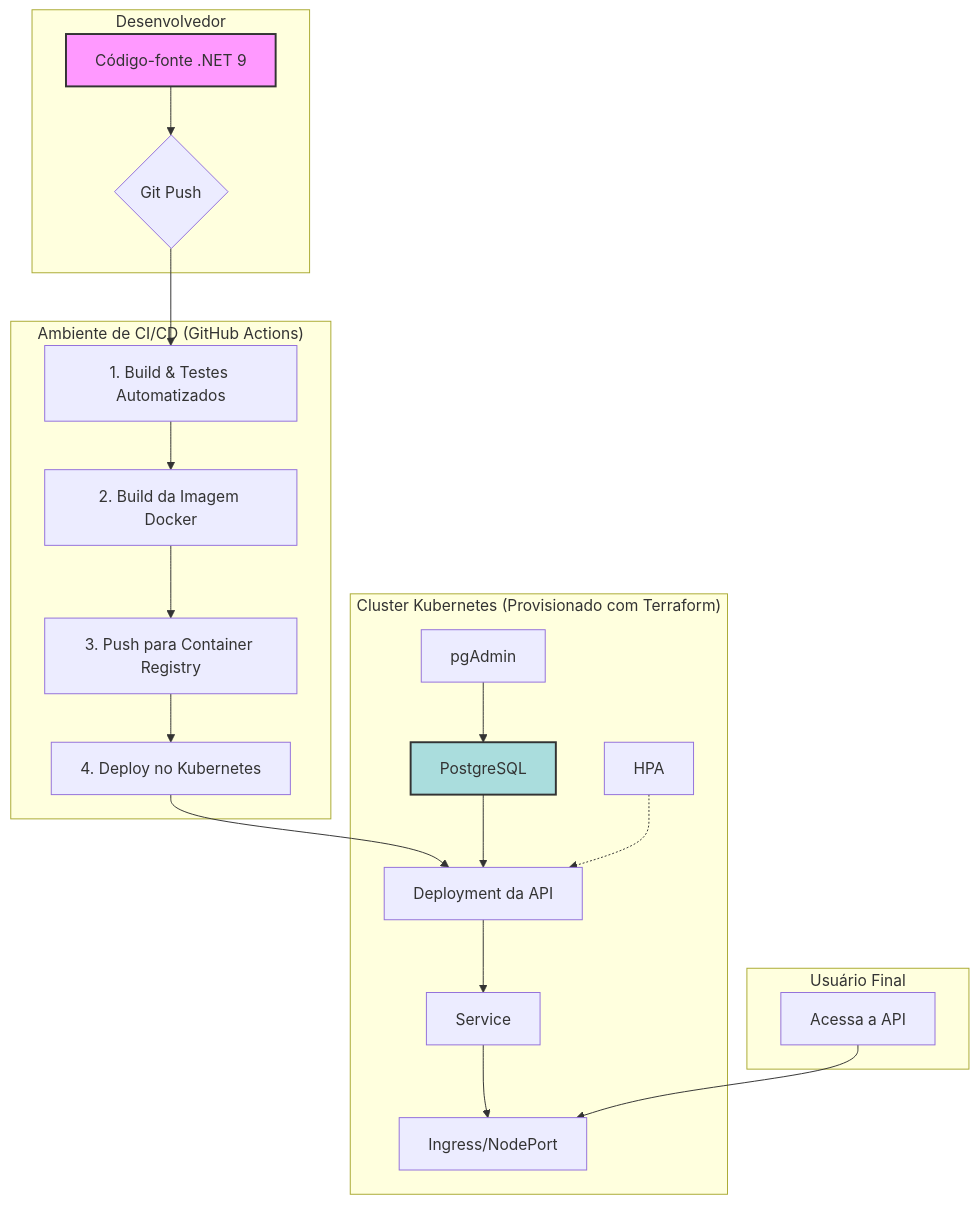
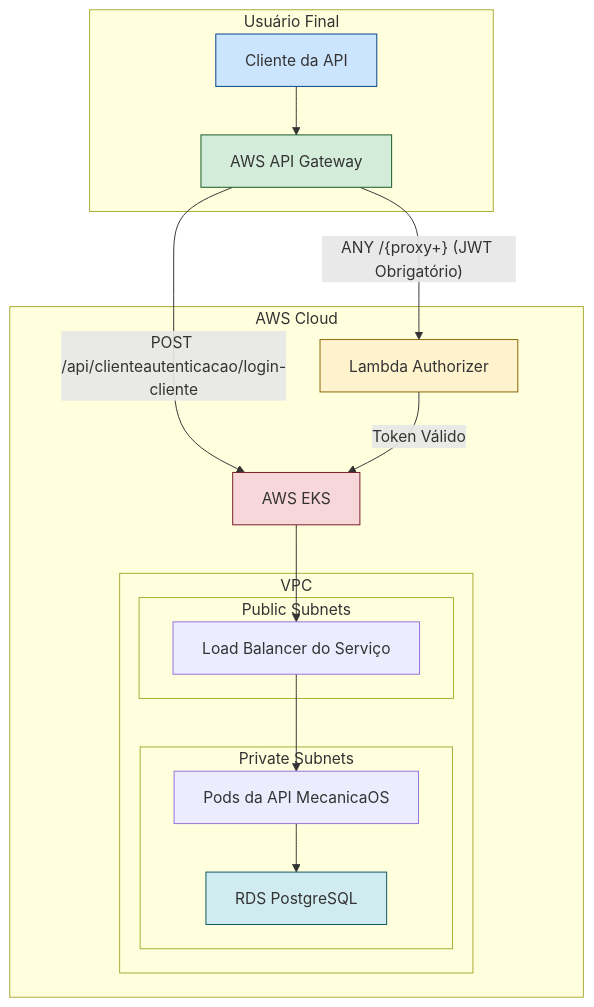
Before and after one commit to LTeruyaQ/techchallenge-soat-app: the diagram in README.md, drawn with Mermaid. The commit also changed other lines of this file and 18 other files, not shown here.

First line of the commit message:
feat: Implement fully automated AWS deployment

````diff
--- a/README.md
+++ b/README.md
@@ -70,29 +20,30 @@
 ```mermaid
 graph TD
-    subgraph "Desenvolvedor"
-        A[Código-fonte .NET 9] --> B{Git Push};
+    subgraph "Usuário Final"
+        U[Cliente da API] --> APIGW[AWS API Gateway];
     end
 
-    subgraph "Ambiente de CI/CD (GitHub Actions)"
-        B --> C[1. Build & Testes Automatizados];
-        C --> D[2. Build da Imagem Docker];
-        D --> E[3. Push para Container Registry];
-        E --> F[4. Deploy no Kubernetes];
+    subgraph "AWS Cloud"
+        APIGW -- "POST /api/clienteautenticacao/login-cliente" --> EKS[AWS EKS];
+        APIGW -- "ANY /{proxy+} (JWT Obrigatório)" --> LA[Lambda Authorizer];
+        LA -- "Token Válido" --> EKS;
+
+        subgraph "VPC"
+            subgraph "Private Subnets"
+                EKS_PODS[Pods da API MecanicaOS] --> RDS[RDS PostgreSQL];
+            end
+
+            subgraph "Public Subnets"
+                EKS_LB[Load Balancer do Serviço]
+            end
+        end
+
+        EKS[AWS EKS] --> EKS_LB --> EKS_PODS;
     end
 
-    subgraph "Cluster Kubernetes (Provisionado com Terraform)"
-        F --> G[Deployment da API];
-        H[PostgreSQL] --> G;
-        I[pgAdmin] --> H;
-        G --> J[Service];
-        J --> K[Ingress/NodePort];
-        L[HPA] -.-> G;
-    end
-
-    subgraph "Usuário Final"
-        M[Acessa a API] --> K;
-    end
-
-    style A fill:#f9f,stroke:#333,stroke-width:2px
-    style H fill:#add,stroke:#333,stroke-width:2px
+    style U fill:#cce5ff,stroke:#004085
+    style APIGW fill:#d4edda,stroke:#155724
+    style LA fill:#fff3cd,stroke:#856404
+    style EKS fill:#f8d7da,stroke:#721c24
+    style RDS fill:#d1ecf1,stroke:#0c5460
 ```
````
